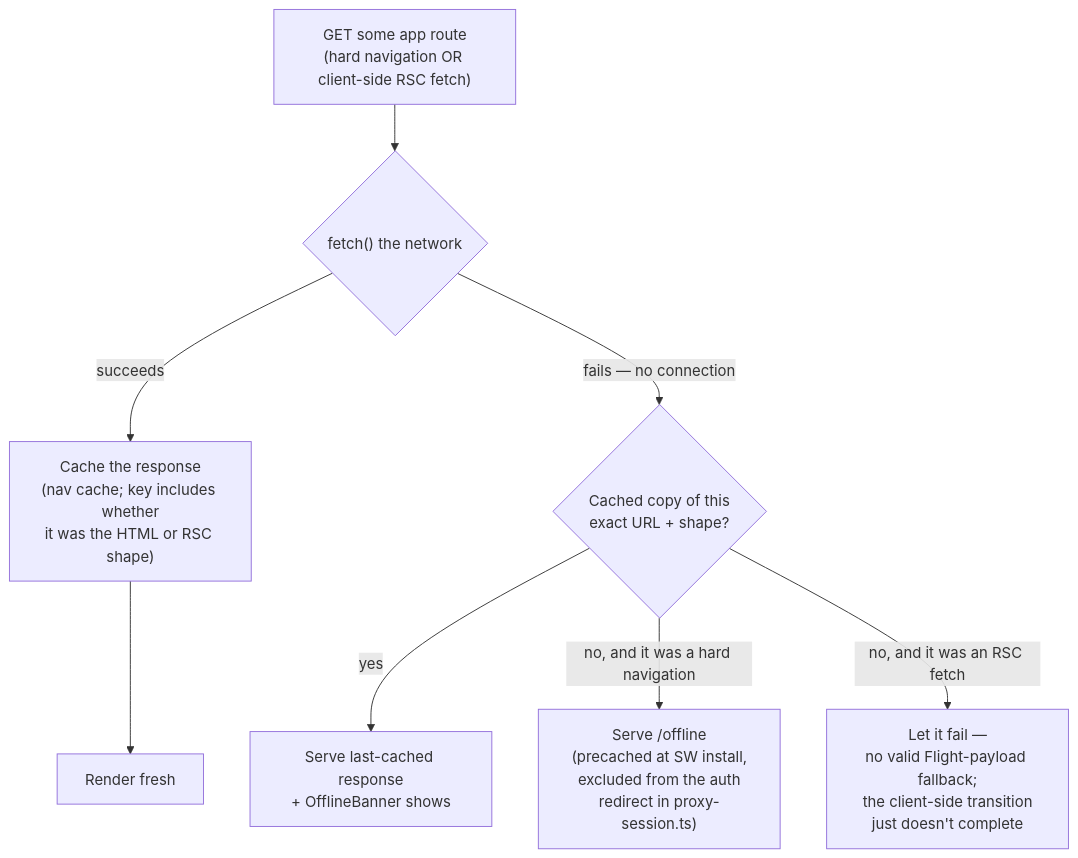
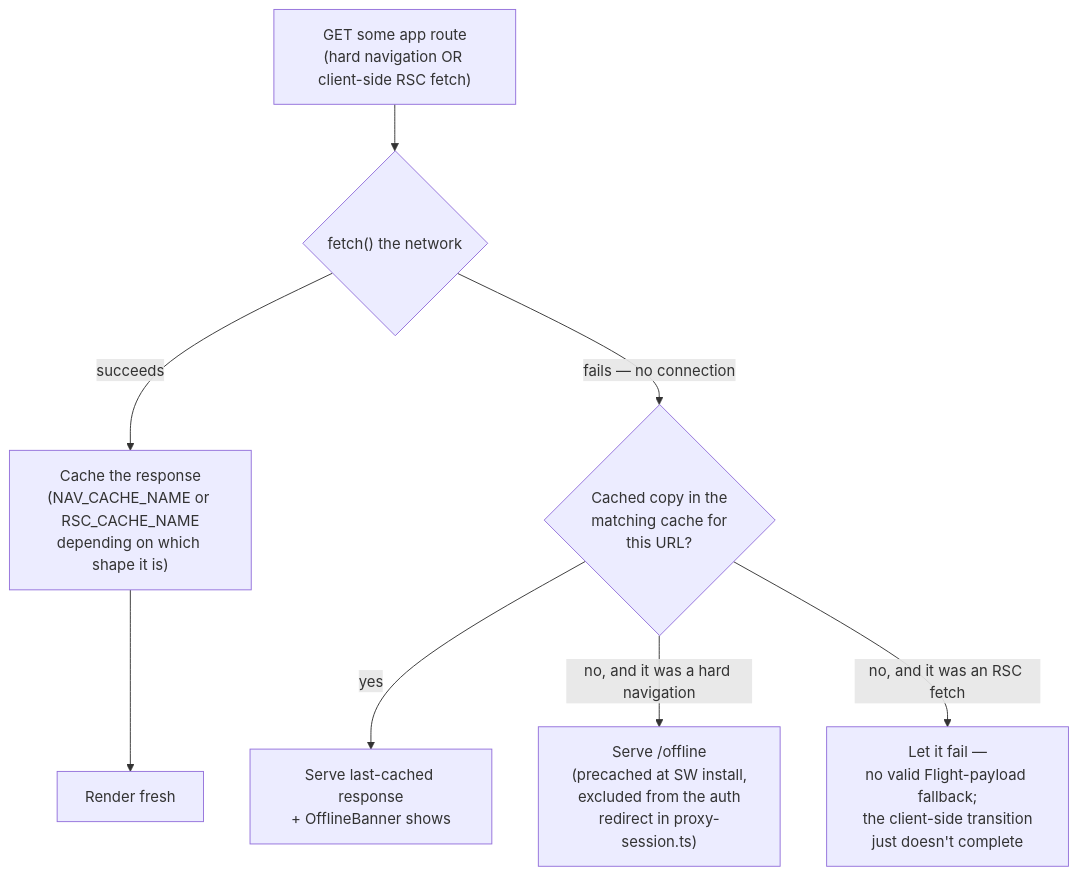
The second of 3 diagrams in docs/architecture.md (nielsvantslot/Birava), drawn with Mermaid before and after one commit. The commit also changed other lines of this file and 1 other file, not shown here.

First line of the commit message:
Fix RSC/HTML cache collision — raw Flight text was rendering as a page

````diff
--- a/docs/architecture.md
+++ b/docs/architecture.md
@@ -89,9 +89,9 @@
 ```mermaid
 flowchart TD
     Req["GET some app route<br/>(hard navigation OR client-side RSC fetch)"] --> Fetch{"fetch() the network"}
-    Fetch -->|succeeds| Store["Cache the response<br/>(nav cache; key includes whether<br/>it was the HTML or RSC shape)"] --> Render["Render fresh"]
-    Fetch -->|fails — no connection| Lookup{"Cached copy of this<br/>exact URL + shape?"}
+    Fetch -->|succeeds| Store["Cache the response<br/>(NAV_CACHE_NAME or RSC_CACHE_NAME<br/>depending on which shape it is)"] --> Render["Render fresh"]
+    Fetch -->|fails — no connection| Lookup{"Cached copy in the<br/>matching cache for<br/>this URL?"}
     Lookup -->|yes| Stale["Serve last-cached response<br/>+ OfflineBanner shows"]
     Lookup -->|"no, and it was a hard navigation"| Offline["Serve /offline<br/>(precached at SW install,<br/>excluded from the auth<br/>redirect in proxy-session.ts)"]
     Lookup -->|"no, and it was an RSC fetch"| Fail["Let it fail —<br/>no valid Flight-payload fallback;<br/>the client-side transition<br/>just doesn't complete"]
 ```
````
